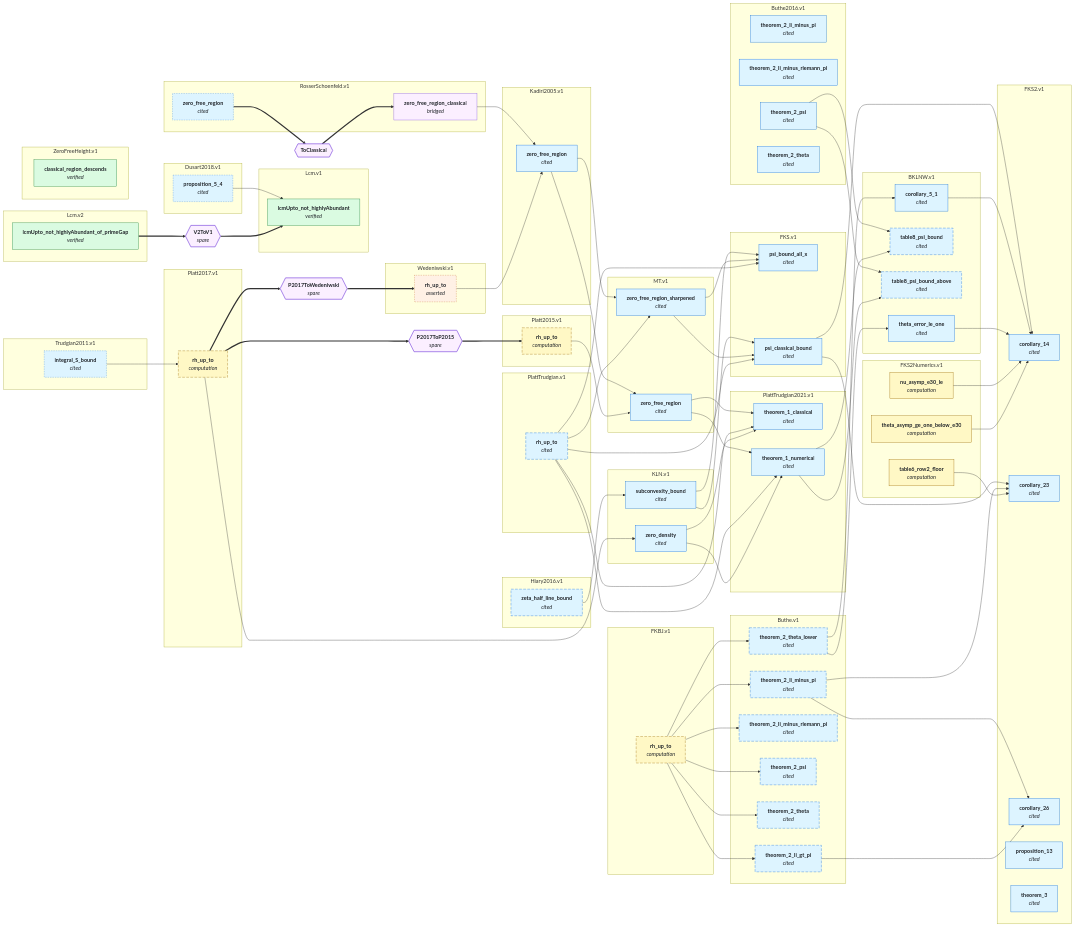
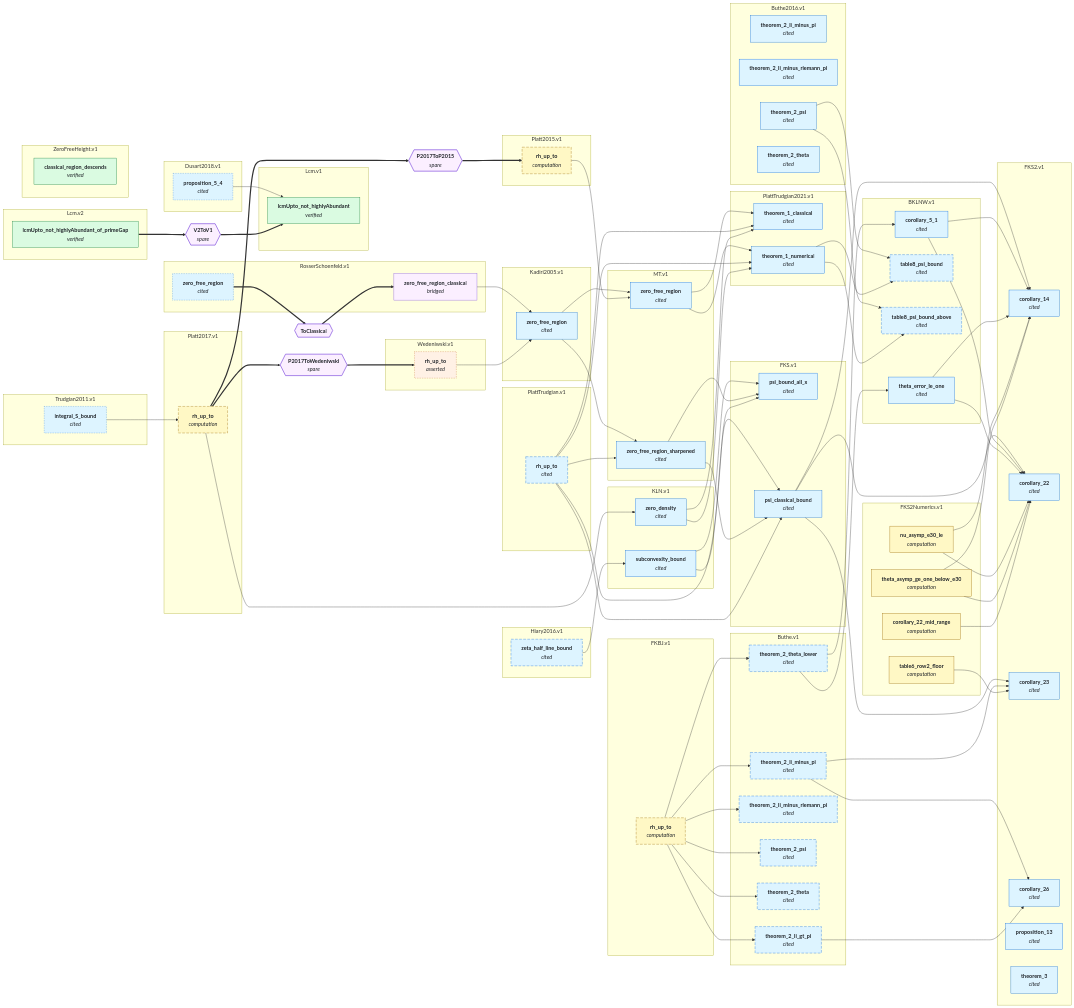
One commit to teorth/IEANTN changed the second of 2 diagrams in GRAPH.md. Above: the diagram before and after it, drawn with Mermaid. The commit also changed other lines of this file and 18 other files, not shown here.

```diff
--- a/GRAPH.md
+++ b/GRAPH.md
@@ -178,12 +178,14 @@
   end
   subgraph sgFKS2_v1["FKS2.v1"]
     FKS2_v1_corollary_14["<b>corollary_14</b><br/><i>cited</i>"]
+    FKS2_v1_corollary_22["<b>corollary_22</b><br/><i>cited</i>"]
     FKS2_v1_corollary_23["<b>corollary_23</b><br/><i>cited</i>"]
     FKS2_v1_corollary_26["<b>corollary_26</b><br/><i>cited</i>"]
     FKS2_v1_proposition_13["<b>proposition_13</b><br/><i>cited</i>"]
     FKS2_v1_theorem_3["<b>theorem_3</b><br/><i>cited</i>"]
   end
   subgraph sgFKS2Numerics_v1["FKS2Numerics.v1"]
+    FKS2Numerics_v1_corollary_22_mid_range["<b>corollary_22_mid_range</b><br/><i>computation</i>"]
     FKS2Numerics_v1_nu_asymp_e30_le["<b>nu_asymp_e30_le</b><br/><i>computation</i>"]
     FKS2Numerics_v1_table6_row2_floor["<b>table6_row2_floor</b><br/><i>computation</i>"]
     FKS2Numerics_v1_theta_asymp_ge_one_below_e30["<b>theta_asymp_ge_one_below_e30</b><br/><i>computation</i>"]
@@ -257,6 +259,12 @@
   BKLNW_v1_theta_error_le_one --> FKS2_v1_corollary_14
   FKS2Numerics_v1_nu_asymp_e30_le --> FKS2_v1_corollary_14
   FKS2Numerics_v1_theta_asymp_ge_one_below_e30 --> FKS2_v1_corollary_14
+  FKS_v1_psi_classical_bound --> FKS2_v1_corollary_22
+  BKLNW_v1_corollary_5_1 --> FKS2_v1_corollary_22
+  BKLNW_v1_theta_error_le_one --> FKS2_v1_corollary_22
+  FKS2Numerics_v1_nu_asymp_e30_le --> FKS2_v1_corollary_22
+  FKS2Numerics_v1_theta_asymp_ge_one_below_e30 --> FKS2_v1_corollary_22
+  FKS2Numerics_v1_corollary_22_mid_range --> FKS2_v1_corollary_22
   FKS_v1_psi_classical_bound --> FKS2_v1_corollary_23
   Buthe_v1_theorem_2_li_minus_pi --> FKS2_v1_corollary_23
   FKS2Numerics_v1_table6_row2_floor --> FKS2_v1_corollary_23
@@ -318,8 +326,8 @@
   class Wedeniwski_v1_rh_up_to asserted;
   class RosserSchoenfeld_v1_zero_free_region_classical bridged;
   class Lcm_v1_lcmUpto_not_highlyAbundant,Lcm_v2_lcmUpto_not_highlyAbundant_of_primeGap,ZeroFreeHeight_v1_classical_region_descends lean_comparator;
-  class BKLNW_v1_corollary_5_1,BKLNW_v1_table8_psi_bound,BKLNW_v1_table8_psi_bound_above,BKLNW_v1_theta_error_le_one,Buthe_v1_theorem_2_li_gt_pi,Buthe_v1_theorem_2_li_minus_pi,Buthe_v1_theorem_2_li_minus_riemann_pi,Buthe_v1_theorem_2_psi,Buthe_v1_theorem_2_theta,Buthe_v1_theorem_2_theta_lower,Buthe2016_v1_theorem_2_li_minus_pi,Buthe2016_v1_theorem_2_li_minus_riemann_pi,Buthe2016_v1_theorem_2_psi,Buthe2016_v1_theorem_2_theta,Dusart2018_v1_proposition_5_4,FKS_v1_psi_bound_all_x,FKS_v1_psi_classical_bound,FKS2_v1_corollary_14,FKS2_v1_corollary_23,FKS2_v1_corollary_26,FKS2_v1_proposition_13,FKS2_v1_theorem_3,Hiary2016_v1_zeta_half_line_bound,KLN_v1_subconvexity_bound,KLN_v1_zero_density,Kadiri2005_v1_zero_free_region,MT_v1_zero_free_region,MT_v1_zero_free_region_sharpened,PlattTrudgian_v1_rh_up_to,PlattTrudgian2021_v1_theorem_1_classical,PlattTrudgian2021_v1_theorem_1_numerical,RosserSchoenfeld_v1_zero_free_region,Trudgian2011_v1_integral_S_bound literature;
-  class FKBJ_v1_rh_up_to,FKS2Numerics_v1_nu_asymp_e30_le,FKS2Numerics_v1_table6_row2_floor,FKS2Numerics_v1_theta_asymp_ge_one_below_e30,Platt2015_v1_rh_up_to,Platt2017_v1_rh_up_to numerical;
+  class BKLNW_v1_corollary_5_1,BKLNW_v1_table8_psi_bound,BKLNW_v1_table8_psi_bound_above,BKLNW_v1_theta_error_le_one,Buthe_v1_theorem_2_li_gt_pi,Buthe_v1_theorem_2_li_minus_pi,Buthe_v1_theorem_2_li_minus_riemann_pi,Buthe_v1_theorem_2_psi,Buthe_v1_theorem_2_theta,Buthe_v1_theorem_2_theta_lower,Buthe2016_v1_theorem_2_li_minus_pi,Buthe2016_v1_theorem_2_li_minus_riemann_pi,Buthe2016_v1_theorem_2_psi,Buthe2016_v1_theorem_2_theta,Dusart2018_v1_proposition_5_4,FKS_v1_psi_bound_all_x,FKS_v1_psi_classical_bound,FKS2_v1_corollary_14,FKS2_v1_corollary_22,FKS2_v1_corollary_23,FKS2_v1_corollary_26,FKS2_v1_proposition_13,FKS2_v1_theorem_3,Hiary2016_v1_zeta_half_line_bound,KLN_v1_subconvexity_bound,KLN_v1_zero_density,Kadiri2005_v1_zero_free_region,MT_v1_zero_free_region,MT_v1_zero_free_region_sharpened,PlattTrudgian_v1_rh_up_to,PlattTrudgian2021_v1_theorem_1_classical,PlattTrudgian2021_v1_theorem_1_numerical,RosserSchoenfeld_v1_zero_free_region,Trudgian2011_v1_integral_S_bound literature;
+  class FKBJ_v1_rh_up_to,FKS2Numerics_v1_corollary_22_mid_range,FKS2Numerics_v1_nu_asymp_e30_le,FKS2Numerics_v1_table6_row2_floor,FKS2Numerics_v1_theta_asymp_ge_one_below_e30,Platt2015_v1_rh_up_to,Platt2017_v1_rh_up_to numerical;
   click BKLNW_v1_corollary_5_1 href "https://github.com/teorth/IEANTN/blob/main/docs/nodes/BKLNW-v1.md#corollary_5_1" _blank
   click BKLNW_v1_table8_psi_bound href "https://github.com/teorth/IEANTN/blob/main/docs/nodes/BKLNW-v1.md#table8_psi_bound" _blank
   click BKLNW_v1_table8_psi_bound_above href "https://github.com/teorth/IEANTN/blob/main/docs/nodes/BKLNW-v1.md#table8_psi_bound_above" _blank
@@ -339,10 +347,12 @@
   click FKS_v1_psi_bound_all_x href "https://github.com/teorth/IEANTN/blob/main/docs/nodes/FKS-v1.md#psi_bound_all_x" _blank
   click FKS_v1_psi_classical_bound href "https://github.com/teorth/IEANTN/blob/main/docs/nodes/FKS-v1.md#psi_classical_bound" _blank
   click FKS2_v1_corollary_14 href "https://github.com/teorth/IEANTN/blob/main/docs/nodes/FKS2-v1.md#corollary_14" _blank
+  click FKS2_v1_corollary_22 href "https://github.com/teorth/IEANTN/blob/main/docs/nodes/FKS2-v1.md#corollary_22" _blank
   click FKS2_v1_corollary_23 href "https://github.com/teorth/IEANTN/blob/main/docs/nodes/FKS2-v1.md#corollary_23" _blank
   click FKS2_v1_corollary_26 href "https://github.com/teorth/IEANTN/blob/main/docs/nodes/FKS2-v1.md#corollary_26" _blank
   click FKS2_v1_proposition_13 href "https://github.com/teorth/IEANTN/blob/main/docs/nodes/FKS2-v1.md#proposition_13" _blank
   click FKS2_v1_theorem_3 href "https://github.com/teorth/IEANTN/blob/main/docs/nodes/FKS2-v1.md#theorem_3" _blank
+  click FKS2Numerics_v1_corollary_22_mid_range href "https://github.com/teorth/IEANTN/blob/main/docs/nodes/FKS2Numerics-v1.md#corollary_22_mid_range" _blank
   click FKS2Numerics_v1_nu_asymp_e30_le href "https://github.com/teorth/IEANTN/blob/main/docs/nodes/FKS2Numerics-v1.md#nu_asymp_e30_le" _blank
   click FKS2Numerics_v1_table6_row2_floor href "https://github.com/teorth/IEANTN/blob/main/docs/nodes/FKS2Numerics-v1.md#table6_row2_floor" _blank
   click FKS2Numerics_v1_theta_asymp_ge_one_below_e30 href "https://github.com/teorth/IEANTN/blob/main/docs/nodes/FKS2Numerics-v1.md#theta_asymp_ge_one_below_e30" _blank
```
